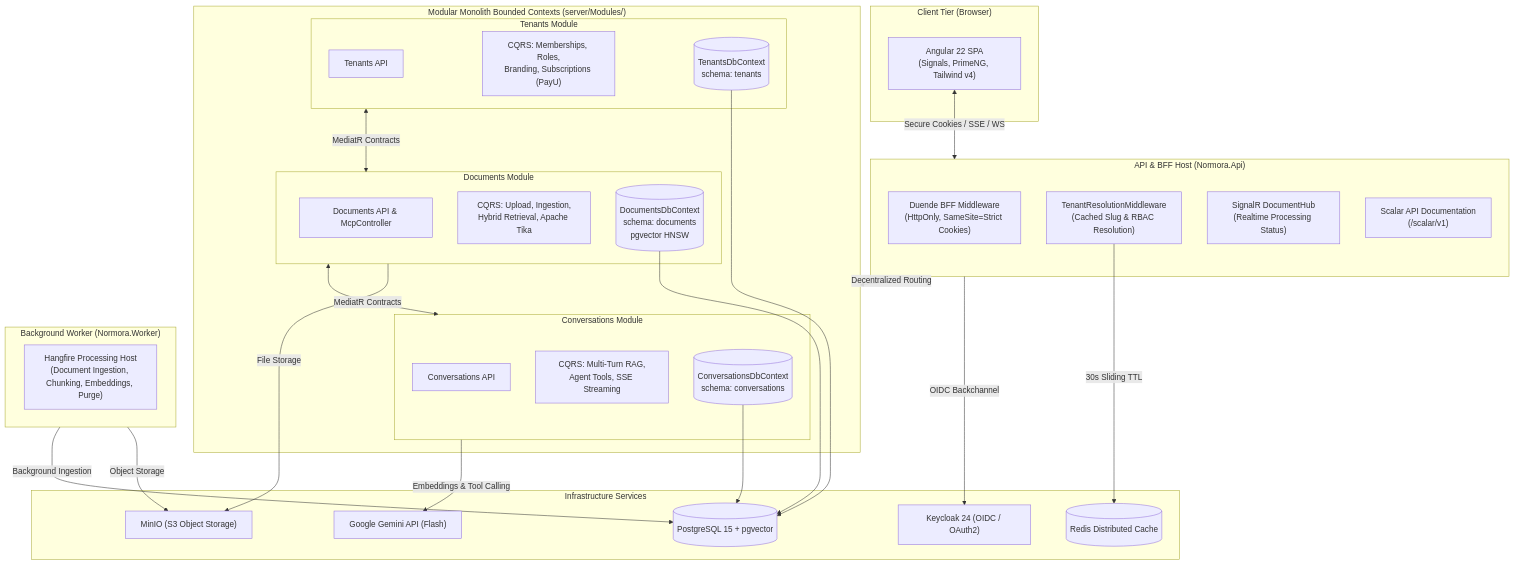
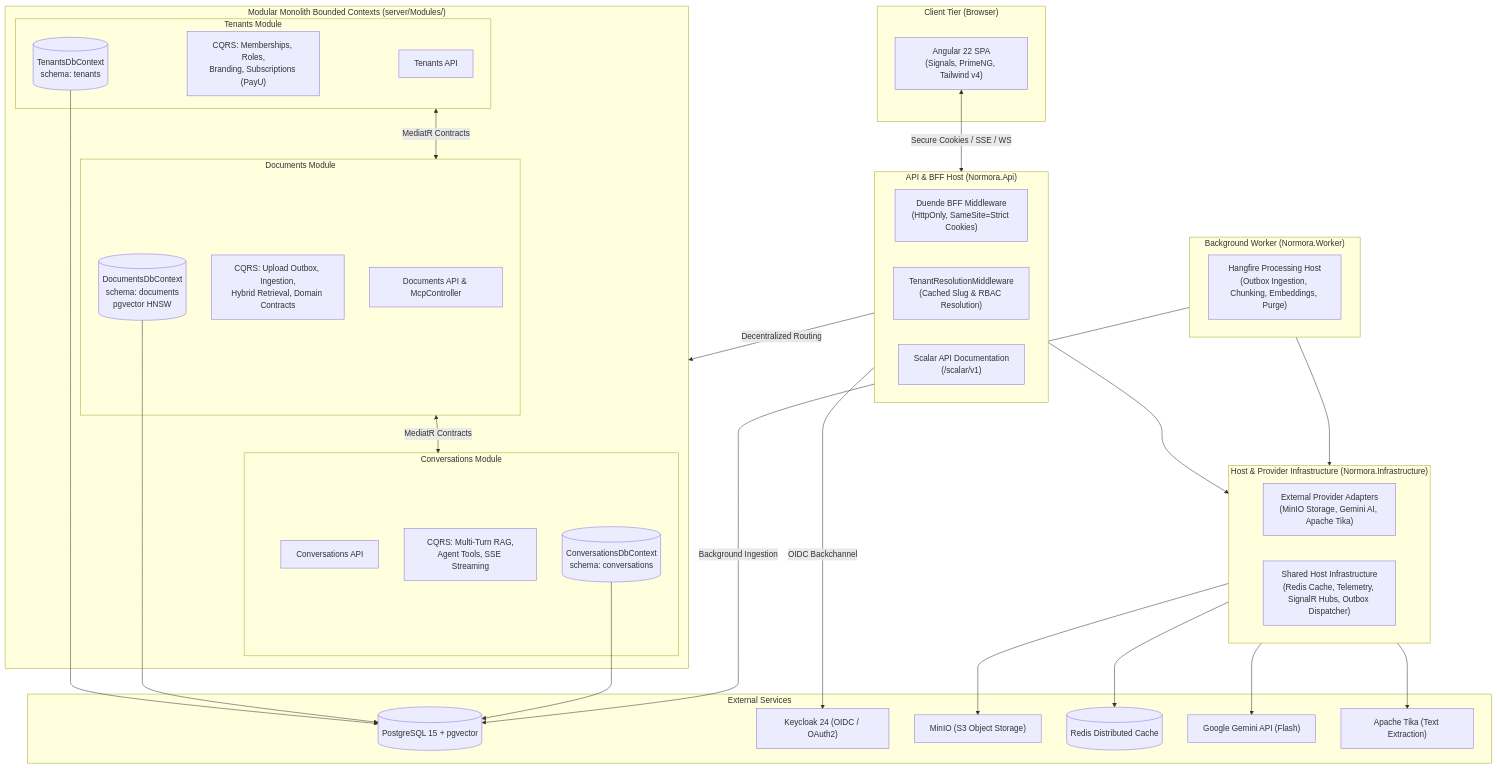
Before and after one commit to primecoderIN/Normora: the diagram in README.md, drawn with Mermaid. The commit also changed other lines of this file and 6 other files, not shown here.

Commit message:
docs: synchronize architecture guidelines, provider pattern, and outbox across all docs

````diff
--- a/README.md
+++ b/README.md
@@ -30,57 +30,61 @@
 ```mermaid
 flowchart TD
     subgraph Client ["Client Tier (Browser)"]
         SPA["Angular 22 SPA<br/>(Signals, PrimeNG, Tailwind v4)"]
     end
 
     subgraph Host ["API & BFF Host (Normora.Api)"]
         BFF["Duende BFF Middleware<br/>(HttpOnly, SameSite=Strict Cookies)"]
         TRM["TenantResolutionMiddleware<br/>(Cached Slug & RBAC Resolution)"]
-        Hub["SignalR DocumentHub<br/>(Realtime Processing Status)"]
         Scalar["Scalar API Documentation<br/>(/scalar/v1)"]
     end
 
     subgraph Modules ["Modular Monolith Bounded Contexts (server/Modules/)"]
         subgraph TenantsMod ["Tenants Module"]
             T_API["Tenants API"]
             T_CQRS["CQRS: Memberships, Roles,<br/>Branding, Subscriptions (PayU)"]
             T_DB[("TenantsDbContext<br/>schema: tenants")]
         end
 
         subgraph DocsMod ["Documents Module"]
             D_API["Documents API & McpController"]
-            D_CQRS["CQRS: Upload, Ingestion,<br/>Hybrid Retrieval, Apache Tika"]
+            D_CQRS["CQRS: Upload Outbox, Ingestion,<br/>Hybrid Retrieval, Domain Contracts"]
             D_DB[("DocumentsDbContext<br/>schema: documents<br/>pgvector HNSW")]
         end
 
         subgraph ConvsMod ["Conversations Module"]
             C_API["Conversations API"]
             C_CQRS["CQRS: Multi-Turn RAG,<br/>Agent Tools, SSE Streaming"]
             C_DB[("ConversationsDbContext<br/>schema: conversations")]
         end
     end
 
-    subgraph WorkerHost ["Background Worker (Normora.Worker)"]
-        HF["Hangfire Processing Host<br/>(Document Ingestion, Chunking, Embeddings, Purge)"]
+    subgraph InfraLib ["Host & Provider Infrastructure (Normora.Infrastructure)"]
+        INF_PROV["External Provider Adapters<br/>(MinIO Storage, Gemini AI, Apache Tika)"]
+        INF_HOST["Shared Host Infrastructure<br/>(Redis Cache, Telemetry, SignalR Hubs, Outbox Dispatcher)"]
     end
 
-    subgraph Infrastructure ["Infrastructure Services"]
+    subgraph WorkerHost ["Background Worker (Normora.Worker)"]
+        HF["Hangfire Processing Host<br/>(Outbox Ingestion, Chunking, Embeddings, Purge)"]
+    end
+
+    subgraph Infrastructure ["External Services"]
         PG[("PostgreSQL 15 + pgvector")]
         KC["Keycloak 24 (OIDC / OAuth2)"]
         S3["MinIO (S3 Object Storage)"]
         RD[("Redis Distributed Cache")]
         GEM["Google Gemini API (Flash)"]
+        TIKA["Apache Tika (Text Extraction)"]
     end
 
     SPA <-->|Secure Cookies / SSE / WS| Host
     Host -->|Decentralized Routing| Modules
+    Host --> InfraLib
+    WorkerHost --> InfraLib
     TenantsMod <-->|MediatR Contracts| DocsMod
     DocsMod <-->|MediatR Contracts| ConvsMod
     T_DB & D_DB & C_DB --> PG
     WorkerHost -->|Background Ingestion| PG
-    WorkerHost -->|Object Storage| S3
-    DocsMod -->|File Storage| S3
+    InfraLib --> S3 & GEM & TIKA & RD
     Host -->|OIDC Backchannel| KC
-    TRM -->|30s Sliding TTL| RD
-    ConvsMod -->|Embeddings & Tool Calling| GEM
 ```
````
